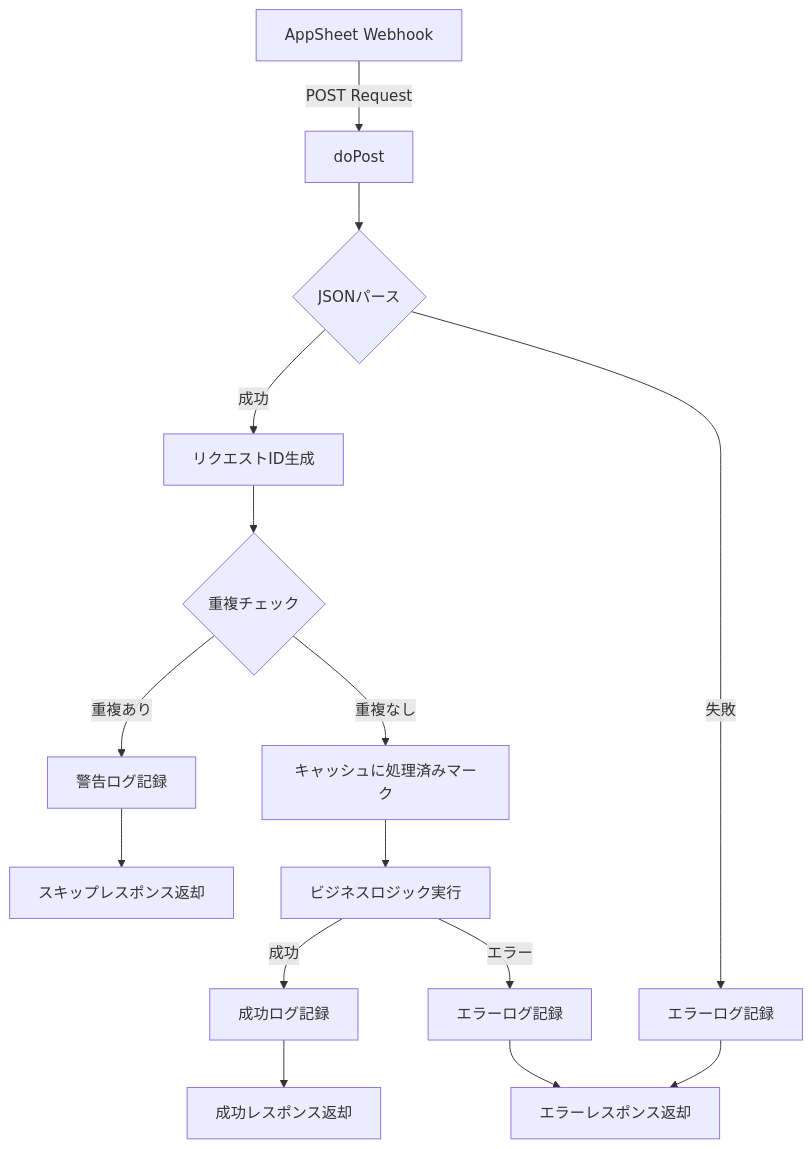
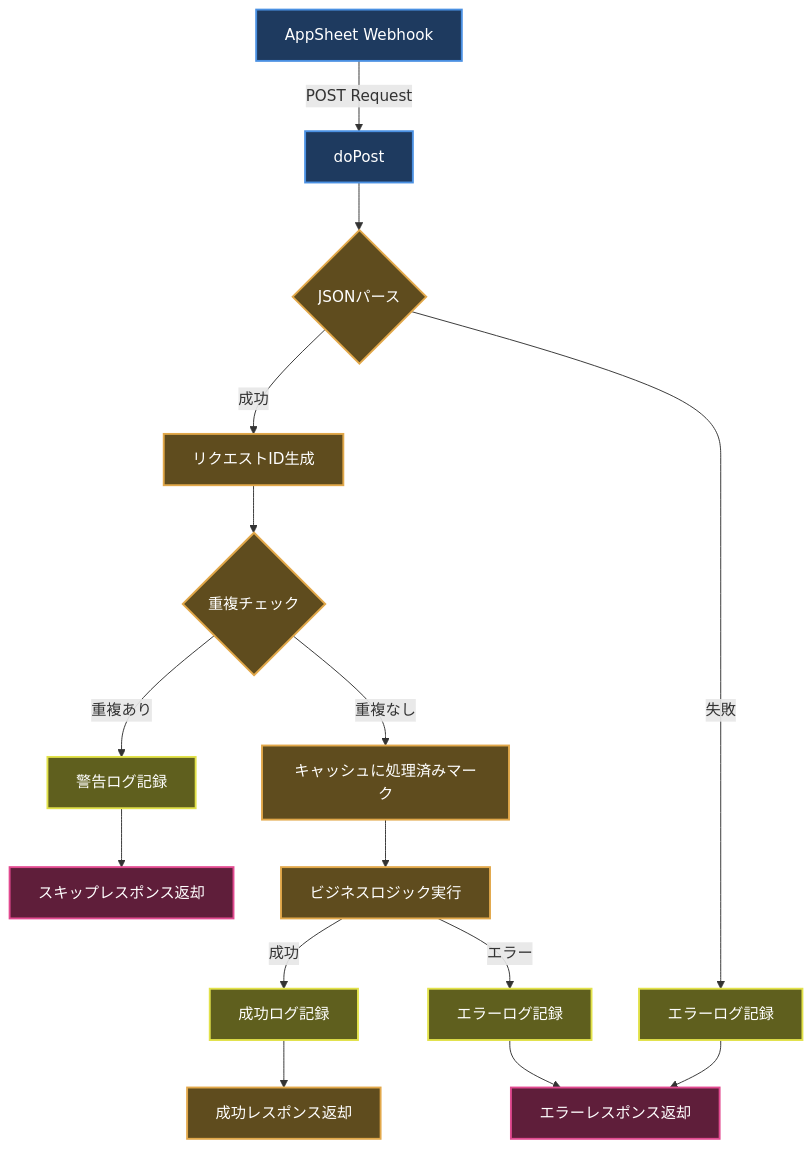
The first of 8 diagrams in gas_projects/projects/calls/Appsheet_通話_要約生成/FLOW.md (tasai-lab/appsheet-gas-automation), drawn with Mermaid before and after one commit. The commit also changed other lines of this file and 15 other files, not shown here.

First line of the commit message:
docs: FLOW.mdにダークモード対応配色を適用 - 全15プロジェクト完了

````diff
--- a/gas_projects/projects/calls/Appsheet_通話_要約生成/FLOW.md
+++ b/gas_projects/projects/calls/Appsheet_通話_要約生成/FLOW.md
@@ -7,21 +7,36 @@
 ```mermaid
 flowchart TD
     A[AppSheet Webhook] -->|POST Request| B[doPost]
     B --> C{JSONパース}
     C -->|成功| D[リクエストID生成]
     C -->|失敗| E[エラーログ記録]
     E --> F[エラーレスポンス返却]
-    
+
     D --> G{重複チェック}
     G -->|重複あり| H[警告ログ記録]
     H --> I[スキップレスポンス返却]
-    
+
     G -->|重複なし| J[キャッシュに処理済みマーク]
     J --> K[ビジネスロジック実行]
-    
+
     K -->|成功| L[成功ログ記録]
     K -->|エラー| M[エラーログ記録]
-    
+
     L --> N[成功レスポンス返却]
     M --> F
+
+    style A fill:#1e3a5f,stroke:#4a90e2,stroke-width:2px,color:#ffffff
+    style B fill:#1e3a5f,stroke:#4a90e2,stroke-width:2px,color:#ffffff
+    style C fill:#5f4c1e,stroke:#e2a84a,stroke-width:2px,color:#ffffff
+    style D fill:#5f4c1e,stroke:#e2a84a,stroke-width:2px,color:#ffffff
+    style E fill:#5f5f1e,stroke:#e2e24a,stroke-width:2px,color:#ffffff
+    style F fill:#5f1e3a,stroke:#e24a90,stroke-width:2px,color:#ffffff
+    style G fill:#5f4c1e,stroke:#e2a84a,stroke-width:2px,color:#ffffff
+    style H fill:#5f5f1e,stroke:#e2e24a,stroke-width:2px,color:#ffffff
+    style I fill:#5f1e3a,stroke:#e24a90,stroke-width:2px,color:#ffffff
+    style J fill:#5f4c1e,stroke:#e2a84a,stroke-width:2px,color:#ffffff
+    style K fill:#5f4c1e,stroke:#e2a84a,stroke-width:2px,color:#ffffff
+    style L fill:#5f5f1e,stroke:#e2e24a,stroke-width:2px,color:#ffffff
+    style M fill:#5f5f1e,stroke:#e2e24a,stroke-width:2px,color:#ffffff
+    style N fill:#5f4c1e,stroke:#e2a84a,stroke-width:2px,color:#ffffff
 ```
````
